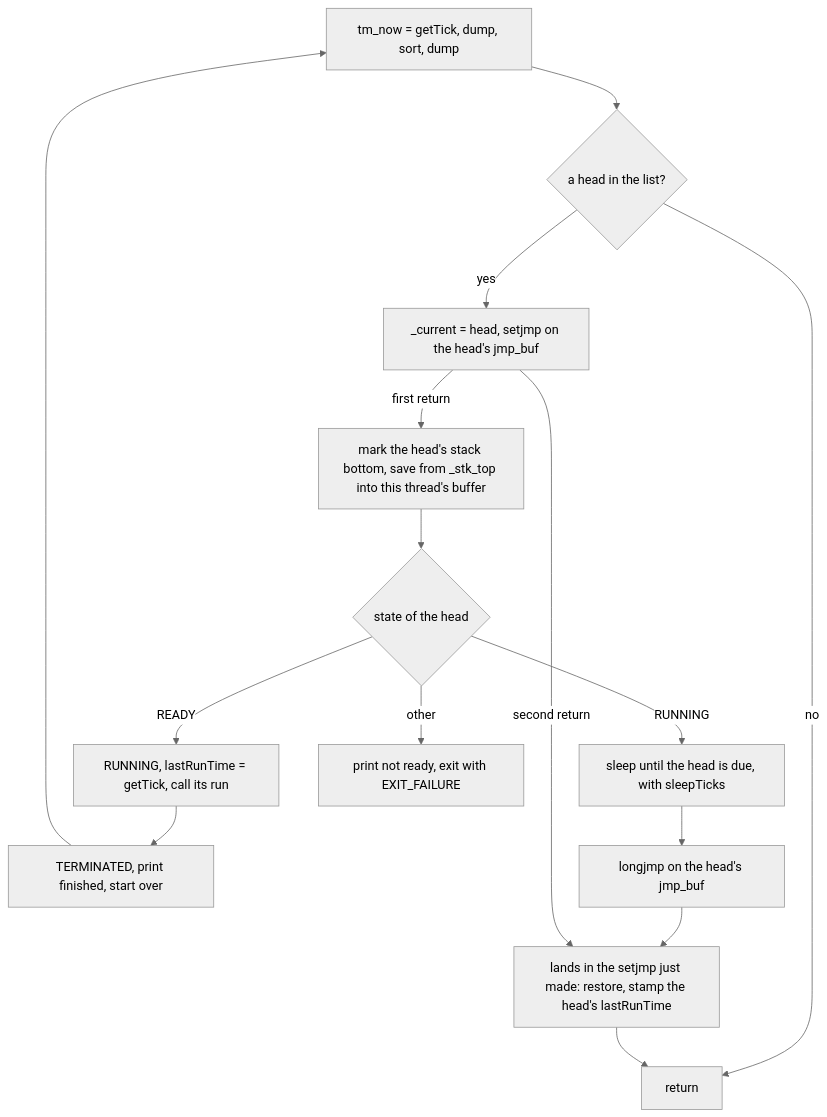
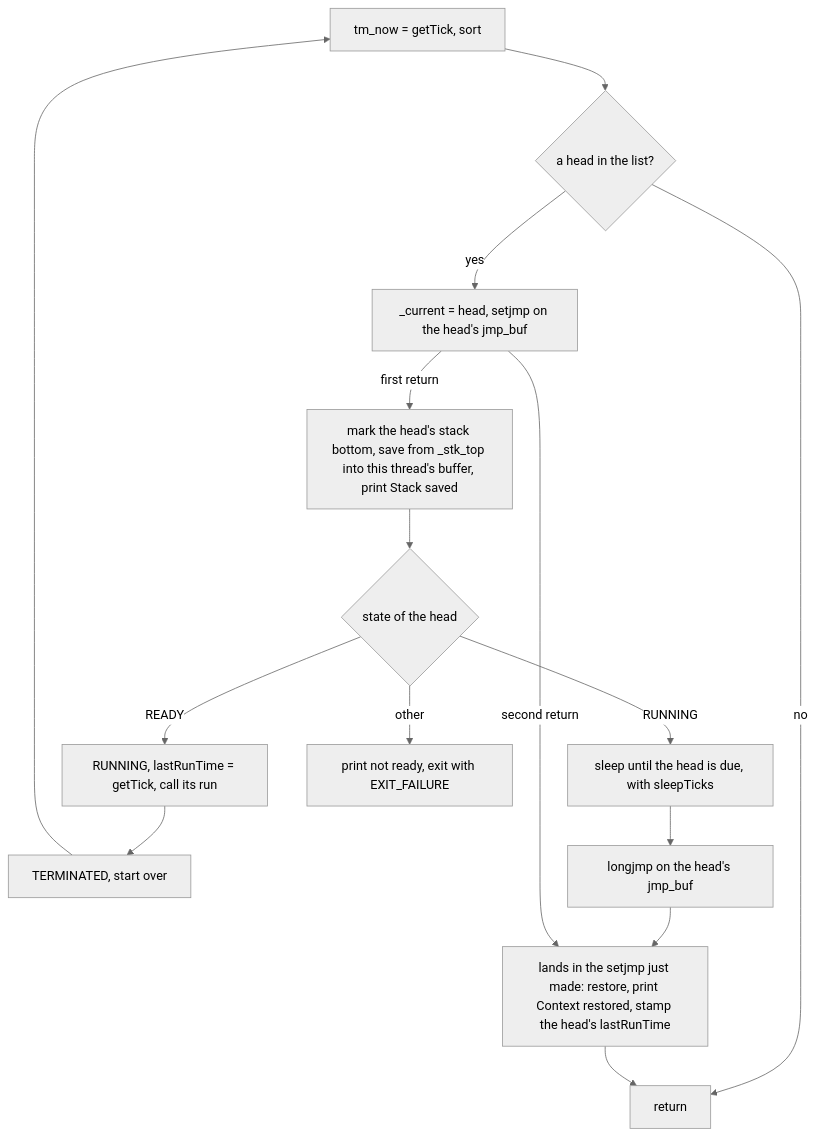
Before and after one commit to solariun/atomicx2: the seventh of 8 diagrams in spec.md, drawn with Mermaid (neutral theme). The commit also changed other lines of this file and 3 other files, not shown here.

````diff
--- a/spec.md
+++ b/spec.md
@@ -520,17 +524,17 @@
 ```mermaid
 flowchart TD
-    a["tm_now = getTick, dump, sort, dump"] --> b{"a head in the list?"}
+    a["tm_now = getTick, sort"] --> b{"a head in the list?"}
     b -->|no| z["return"]
     b -->|yes| c["_current = head, setjmp on the head's jmp_buf"]
-    c -->|first return| d["mark the head's stack bottom, save from _stk_top into this thread's buffer"]
+    c -->|first return| d["mark the head's stack bottom, save from _stk_top into this thread's buffer, print Stack saved"]
     d --> e{"state of the head"}
     e -->|READY| g["RUNNING, lastRunTime = getTick, call its run"]
-    g --> h["TERMINATED, print finished, start over"]
+    g --> h["TERMINATED, start over"]
     h --> a
     e -->|RUNNING| w["sleep until the head is due, with sleepTicks"]
     w --> j["longjmp on the head's jmp_buf"]
-    j --> k["lands in the setjmp just made: restore, stamp the head's lastRunTime"]
+    j --> k["lands in the setjmp just made: restore, print Context restored, stamp the head's lastRunTime"]
     e -->|other| x["print not ready, exit with EXIT_FAILURE"]
     c -->|second return| k
     k --> z
 ```
````
